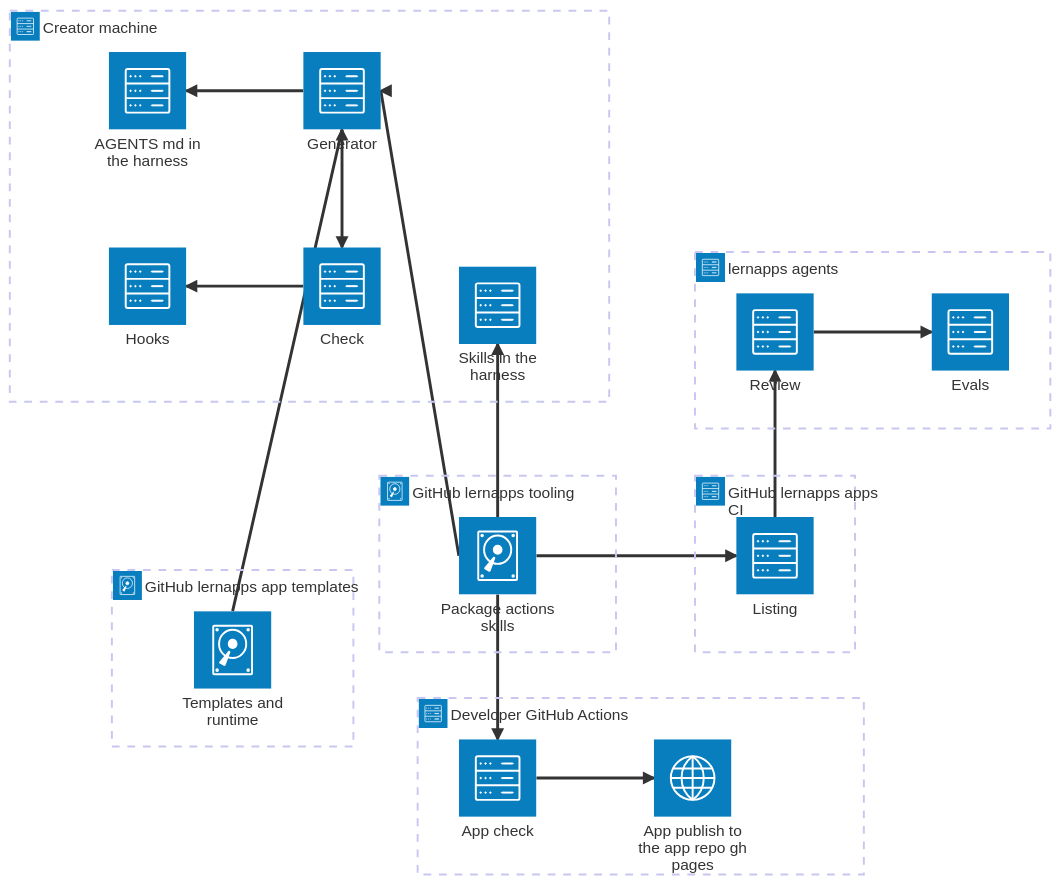
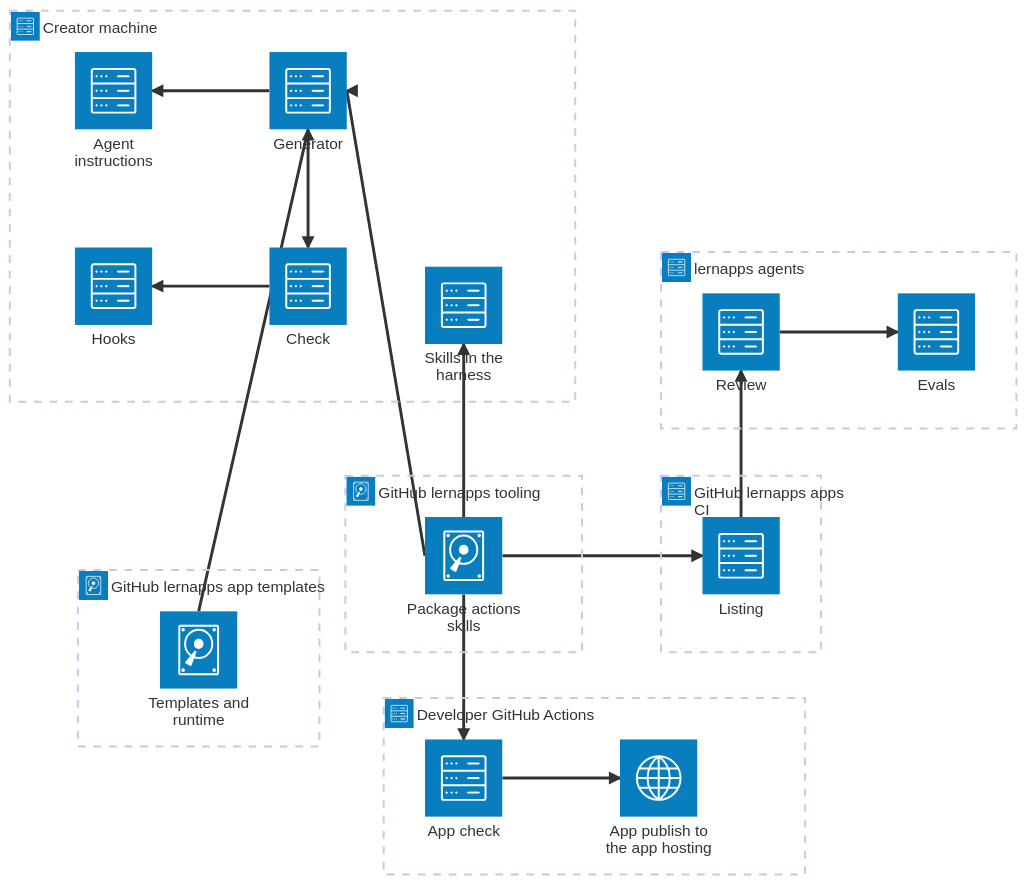
One commit to lernapps/tooling changed the diagram in docs/arc42/07-deployment-view.arc42.md. Above: the diagram before and after it, drawn with Mermaid. The commit also changed other lines of this file and 26 other files, not shown here.

First line of the commit message:
docs: the architecture states responsibilities, the README orients, details live in code

````diff
--- a/docs/arc42/07-deployment-view.arc42.md
+++ b/docs/arc42/07-deployment-view.arc42.md
@@ -26,32 +23,32 @@
 ```mermaid
 architecture-beta
     group creator(server)[Creator machine]
     group toolingrepo(disk)[GitHub lernapps tooling]
     group templaterepo(disk)[GitHub lernapps app templates]
     group appci(server)[Developer GitHub Actions]
     group appsci(server)[GitHub lernapps apps CI]
     group agents(server)[lernapps agents]
-    service guidance(server)[AGENTS md in the harness] in creator
+    service guidance(server)[Agent instructions] in creator
     service skills(server)[Skills in the harness] in creator
     service generator(server)[Generator] in creator
     service checklocal(server)[Check] in creator
     service hooks(server)[Hooks] in creator
     service package(disk)[Package actions skills] in toolingrepo
     service templates(disk)[Templates and runtime] in templaterepo
     service appcheck(server)[App check] in appci
-    service publish(internet)[App publish to the app repo gh pages] in appci
+    service publish(internet)[App publish to the app hosting] in appci
     service listing(server)[Listing] in appsci
     service review(server)[Review] in agents
     service evals(server)[Evals] in agents
     package:L --> R:generator
     templates:T --> B:generator
     generator:L --> R:guidance
     generator:B --> T:checklocal
     checklocal:L --> R:hooks
     package:T --> B:skills
     package:B --> T:appcheck
     appcheck:R --> L:publish
     package:R --> L:listing
     listing:T --> B:review
     review:R --> L:evals
 ```
````
